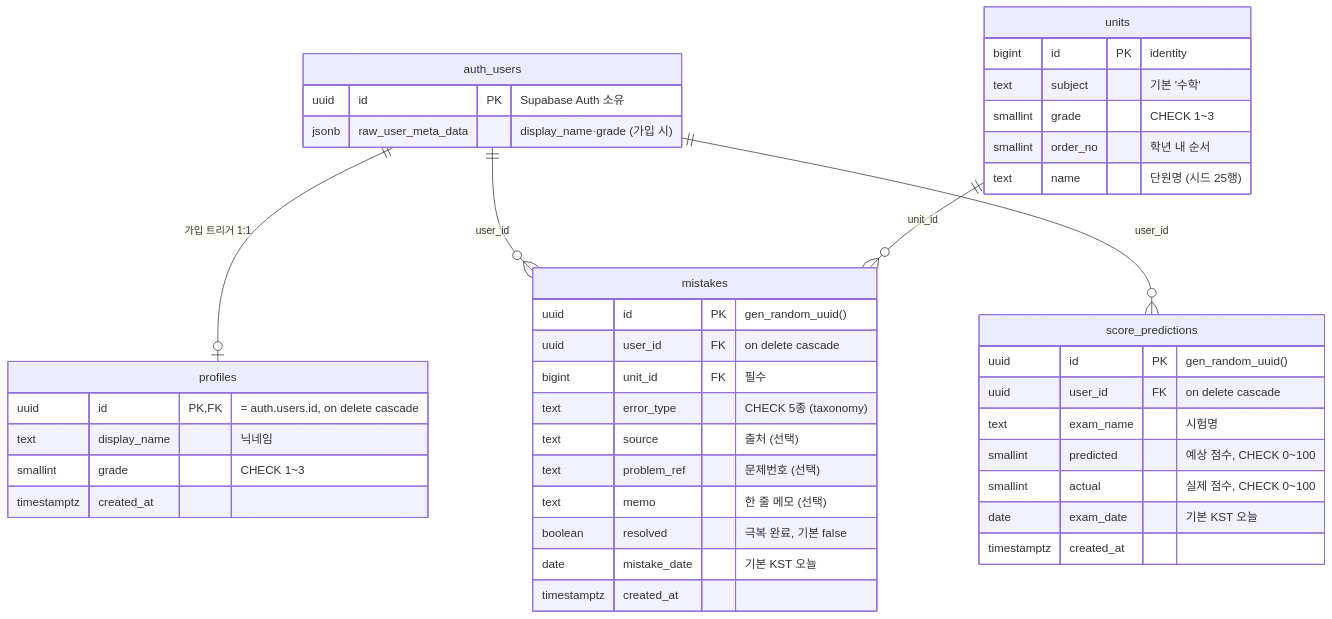
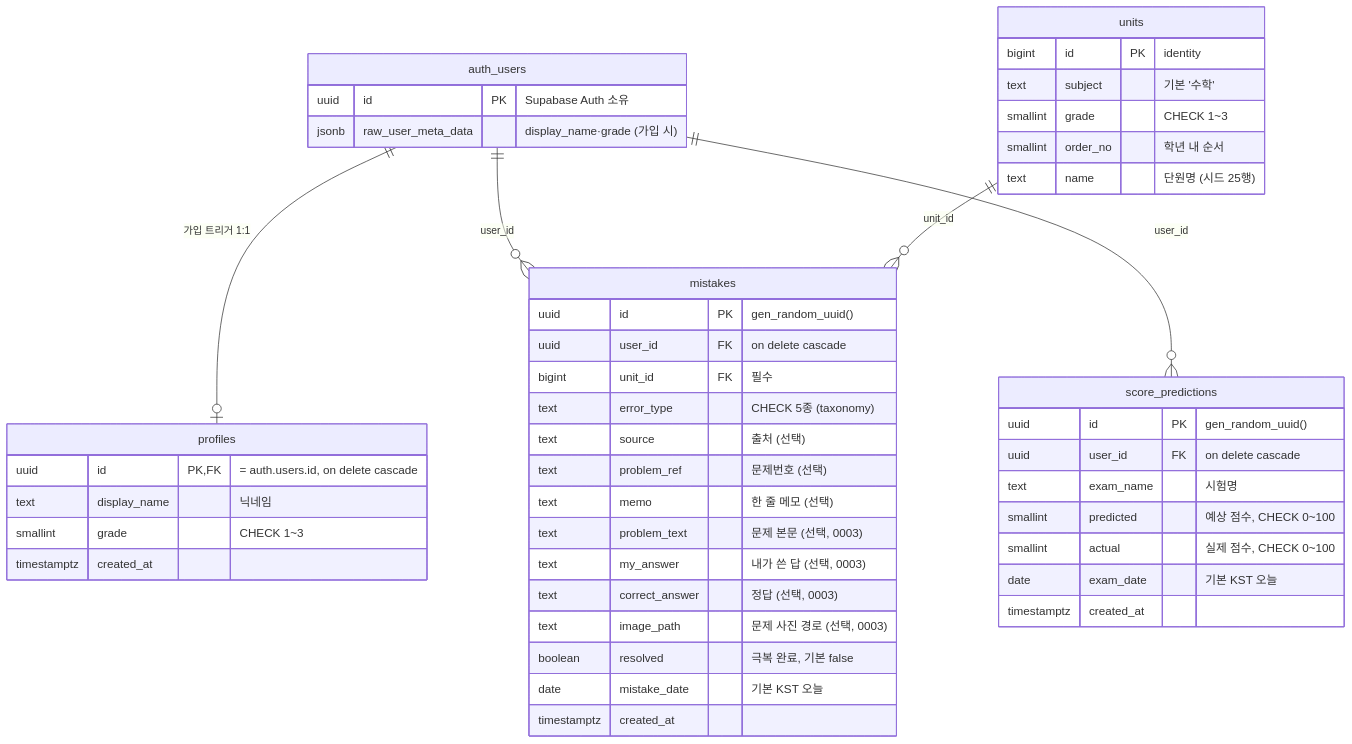
One commit to safecorners/ccc-metanote changed the first of 4 diagrams in docs/SCHEMA.md. Above: the diagram before and after it, drawn with Mermaid. The commit also changed other lines of this file and 13 other files, not shown here.

````diff
--- a/docs/SCHEMA.md
+++ b/docs/SCHEMA.md
@@ -11,50 +11,54 @@
 ```mermaid
 erDiagram
     auth_users ||--o| profiles : "가입 트리거 1:1"
     auth_users ||--o{ mistakes : "user_id"
     auth_users ||--o{ score_predictions : "user_id"
     units ||--o{ mistakes : "unit_id"
 
     auth_users {
         uuid id PK "Supabase Auth 소유"
         jsonb raw_user_meta_data "display_name·grade (가입 시)"
     }
 
     profiles {
         uuid id PK,FK "= auth.users.id, on delete cascade"
         text display_name "닉네임"
         smallint grade "CHECK 1~3"
         timestamptz created_at
     }
 
     units {
         bigint id PK "identity"
         text subject "기본 '수학'"
         smallint grade "CHECK 1~3"
         smallint order_no "학년 내 순서"
         text name "단원명 (시드 25행)"
     }
 
     mistakes {
         uuid id PK "gen_random_uuid()"
         uuid user_id FK "on delete cascade"
         bigint unit_id FK "필수"
         text error_type "CHECK 5종 (taxonomy)"
         text source "출처 (선택)"
         text problem_ref "문제번호 (선택)"
         text memo "한 줄 메모 (선택)"
+        text problem_text "문제 본문 (선택, 0003)"
+        text my_answer "내가 쓴 답 (선택, 0003)"
+        text correct_answer "정답 (선택, 0003)"
+        text image_path "문제 사진 경로 (선택, 0003)"
         boolean resolved "극복 완료, 기본 false"
         date mistake_date "기본 KST 오늘"
         timestamptz created_at
     }
 
     score_predictions {
         uuid id PK "gen_random_uuid()"
         uuid user_id FK "on delete cascade"
         text exam_name "시험명"
         smallint predicted "예상 점수, CHECK 0~100"
         smallint actual "실제 점수, CHECK 0~100"
         date exam_date "기본 KST 오늘"
         timestamptz created_at
     }
 ```
````
